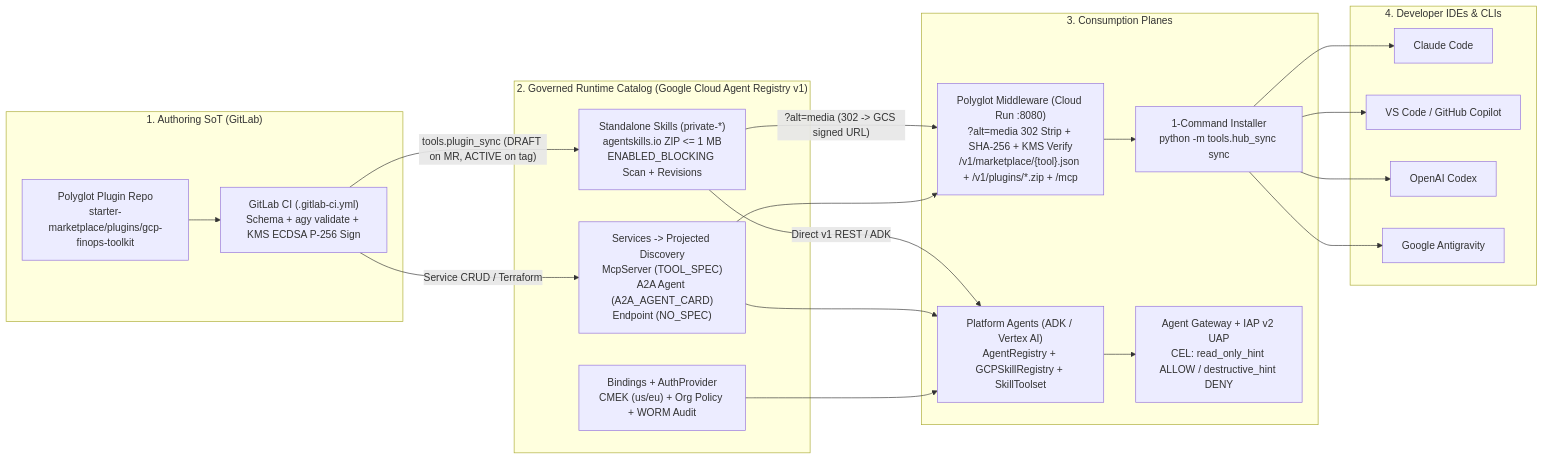
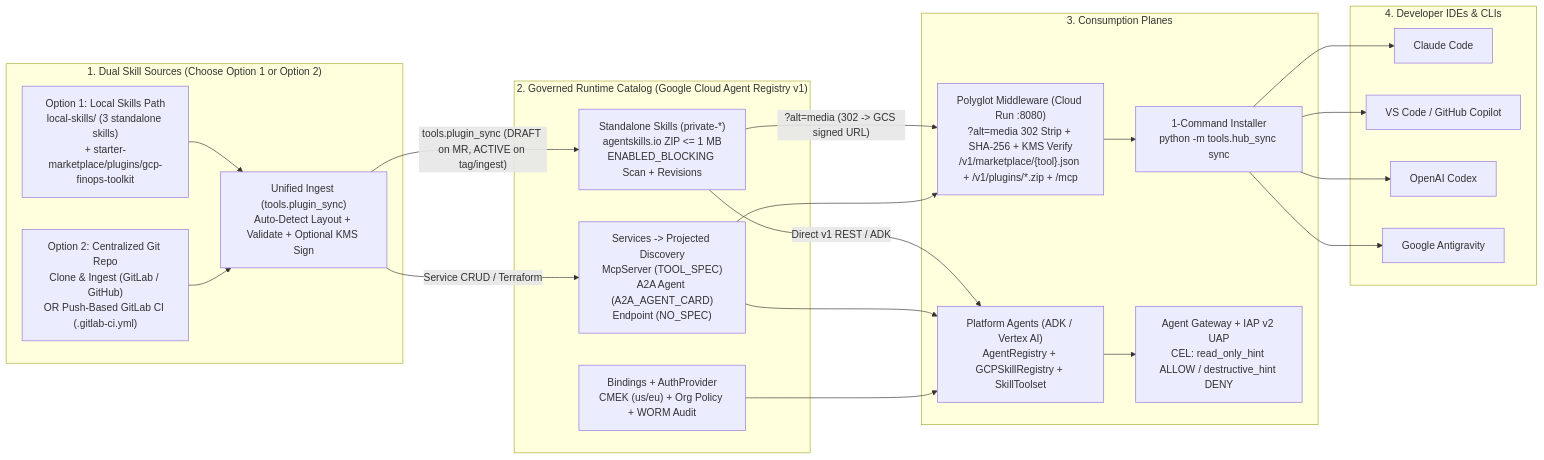
Before and after one commit to jiratouchmhp/agent-registry-marketplace-workshop: the diagram in README.md, drawn with Mermaid. The commit also changed other lines of this file and 23 other files, not shown here.

Commit message:
Add dual skill source ingestion (Option 1: local skills + Option 2: Git repo clone & ingest)

````diff
--- a/README.md
+++ b/README.md
@@ -18,39 +18,41 @@
 ```mermaid
 flowchart LR
-    subgraph Authoring["1. Authoring SoT (GitLab)"]
-        GL["Polyglot Plugin Repo<br/>starter-marketplace/plugins/gcp-finops-toolkit"]
-        CI["GitLab CI (.gitlab-ci.yml)<br/>Schema + agy validate + KMS ECDSA P-256 Sign"]
-        GL --> CI
+    subgraph Authoring["1. Dual Skill Sources (Choose Option 1 or Option 2)"]
+        OPT1["Option 1: Local Skills Path<br/>local-skills/ (3 standalone skills)<br/>+ starter-marketplace/plugins/gcp-finops-toolkit"]
+        OPT2["Option 2: Centralized Git Repo<br/>Clone & Ingest (GitLab / GitHub)<br/>OR Push-Based GitLab CI (.gitlab-ci.yml)"]
+        ING["Unified Ingest (tools.plugin_sync)<br/>Auto-Detect Layout + Validate + Optional KMS Sign"]
+        OPT1 --> ING
+        OPT2 --> ING
     end
 
     subgraph Registry["2. Governed Runtime Catalog (Google Cloud Agent Registry v1)"]
         SK["Standalone Skills (private-*)<br/>agentskills.io ZIP <= 1 MB<br/>ENABLED_BLOCKING Scan + Revisions"]
         SV["Services -> Projected Discovery<br/>McpServer (TOOL_SPEC)<br/>A2A Agent (A2A_AGENT_CARD)<br/>Endpoint (NO_SPEC)"]
         BD["Bindings + AuthProvider<br/>CMEK (us/eu) + Org Policy + WORM Audit"]
     end
 
     subgraph Egress["3. Consumption Planes"]
         MW["Polyglot Middleware (Cloud Run :8080)<br/>?alt=media 302 Strip + SHA-256 + KMS Verify<br/>/v1/marketplace/{tool}.json + /v1/plugins/*.zip + /mcp"]
         HS["1-Command Installer<br/>python -m tools.hub_sync sync"]
         ADK["Platform Agents (ADK / Vertex AI)<br/>AgentRegistry + GCPSkillRegistry + SkillToolset"]
         GW["Agent Gateway + IAP v2 UAP<br/>CEL: read_only_hint ALLOW / destructive_hint DENY"]
     end
 
     subgraph IDEs["4. Developer IDEs & CLIs"]
         CC["Claude Code"]
         CP["VS Code / GitHub Copilot"]
         CX["OpenAI Codex"]
         AG["Google Antigravity"]
     end
 
-    CI -->|"tools.plugin_sync (DRAFT on MR, ACTIVE on tag)"| SK
-    CI -->|"Service CRUD / Terraform"| SV
+    ING -->|"tools.plugin_sync (DRAFT on MR, ACTIVE on tag/ingest)"| SK
+    ING -->|"Service CRUD / Terraform"| SV
     SK -->|"?alt=media (302 -> GCS signed URL)"| MW
     SV --> MW
     MW --> HS
     HS --> CC & CP & CX & AG
     SK -->|"Direct v1 REST / ADK"| ADK
     SV --> ADK
     BD --> ADK
     ADK --> GW
 ```
````
